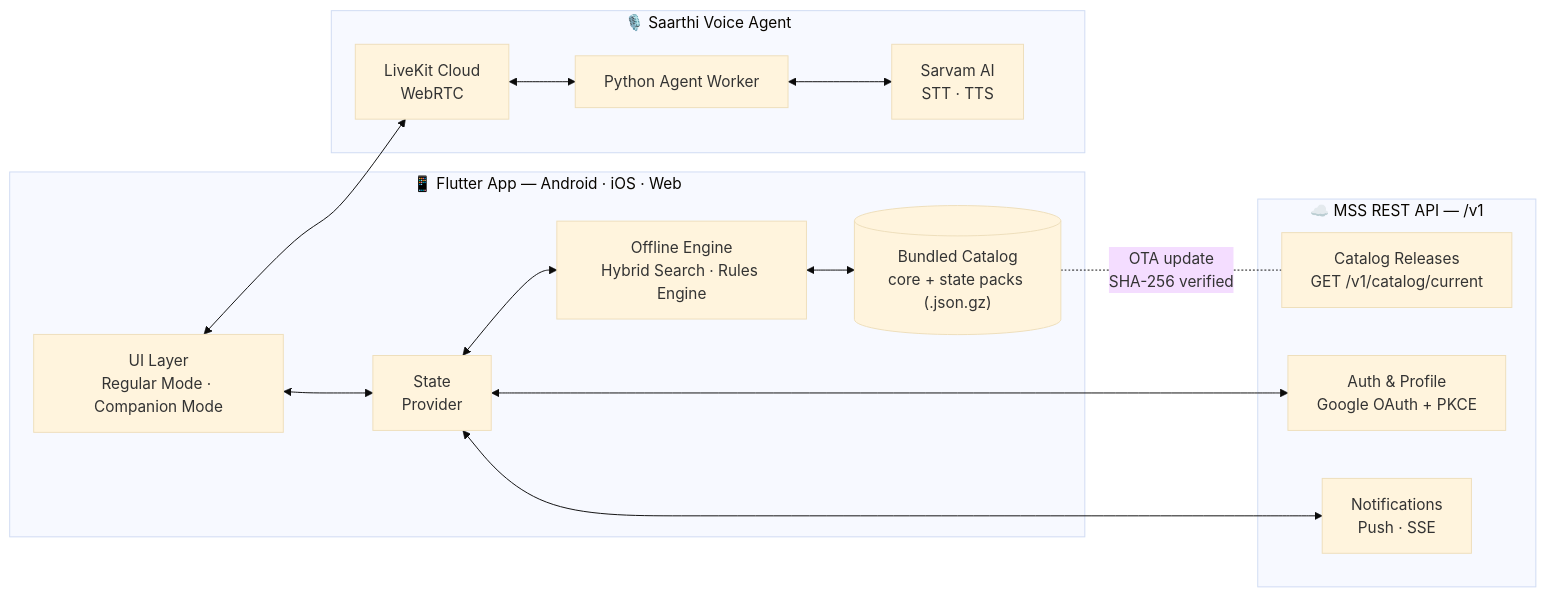
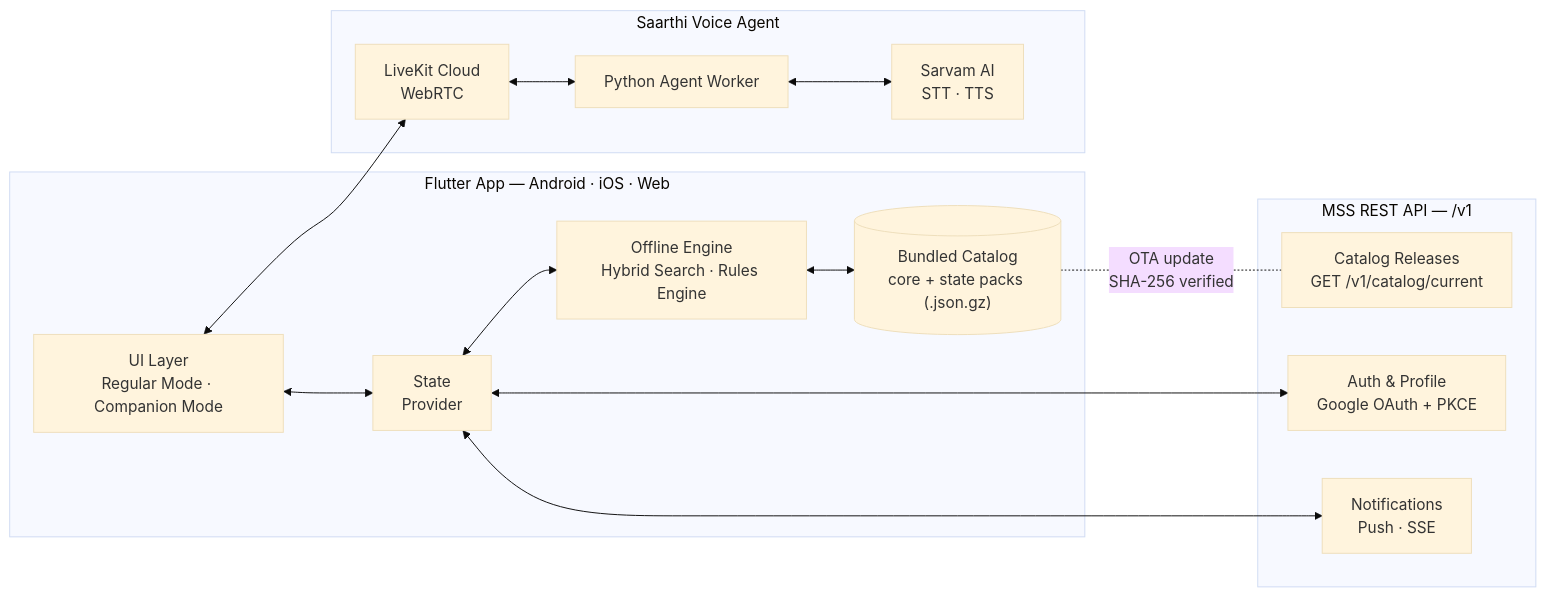
Before and after one commit to repomssapp-tech/mss-stable: the first of 5 diagrams in README.md, drawn with Mermaid (base theme). The commit also changed other lines of this file, not shown here.

````diff
--- a/README.md
+++ b/README.md
@@ -38,28 +38,28 @@
 ```mermaid
 flowchart LR
-    subgraph Client["📱 Flutter App — Android · iOS · Web"]
+    subgraph Client["Flutter App — Android · iOS · Web"]
         UI["UI Layer<br/>Regular Mode · Companion Mode"]
         State["State<br/>Provider"]
         Engine["Offline Engine<br/>Hybrid Search · Rules Engine"]
         Store[("Bundled Catalog<br/>core + state packs (.json.gz)")]
         UI <--> State <--> Engine <--> Store
     end
 
-    subgraph Backend["☁️ MSS REST API — /v1"]
+    subgraph Backend["MSS REST API — /v1"]
         Catalog["Catalog Releases<br/>GET /v1/catalog/current"]
         Auth["Auth & Profile<br/>Google OAuth + PKCE"]
         Notify["Notifications<br/>Push · SSE"]
     end
 
-    subgraph Voice["🎙️ Saarthi Voice Agent"]
+    subgraph Voice["Saarthi Voice Agent"]
         LK["LiveKit Cloud<br/>WebRTC"]
         Worker["Python Agent Worker"]
         Sarvam["Sarvam AI<br/>STT · TTS"]
         LK <--> Worker <--> Sarvam
     end
 
     Store -. "OTA update<br/>SHA-256 verified" .- Catalog
     State <--> Auth
     State <--> Notify
     UI <--> LK
 ```
````
